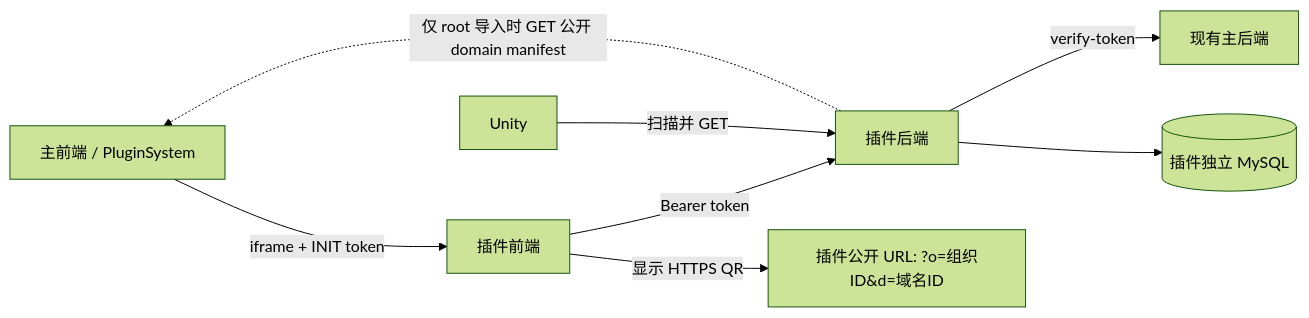
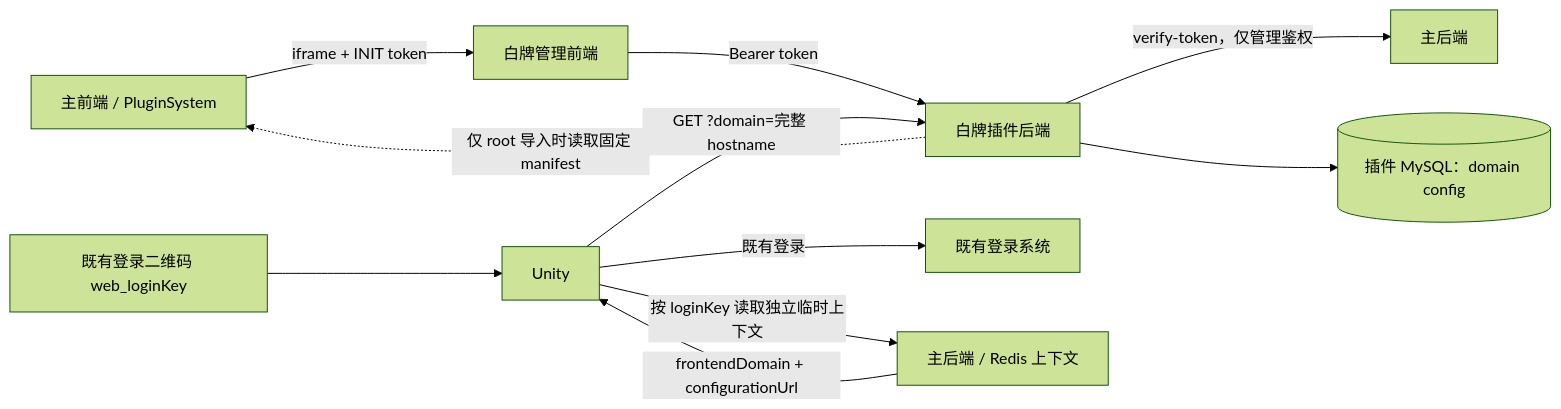
One commit to 7dgame-com/plugin-whitelabel changed the diagram in docs/architecture.md. Above: the diagram before and after it, drawn with Mermaid (forest theme). The commit also changed other lines of this file and 63 other files, not shown here.

````diff
--- a/docs/architecture.md
+++ b/docs/architecture.md
@@ -20,10 +19,14 @@
 ```mermaid
 flowchart LR
-    Host["主前端 / PluginSystem"] -->|"iframe + INIT token"| UI["插件前端"]
-    UI -->|"Bearer token"| API["插件后端"]
-    API -.->|"仅 root 导入时 GET 公开 domain manifest"| Host
-    API -->|"verify-token"| Main["现有主后端"]
-    API --> DB[("插件独立 MySQL")]
-    UI -->|"显示 HTTPS QR"| QR["插件公开 URL: ?o=组织ID&d=域名ID"]
-    Unity["Unity"] -->|"扫描并 GET"| API
+    Host["主前端 / PluginSystem"] -->|"iframe + INIT token"| UI["白牌管理前端"]
+    UI -->|"Bearer token"| API["白牌插件后端"]
+    API -->|"verify-token，仅管理鉴权"| Main["主后端"]
+    API -.->|"仅 root 导入时读取固定 manifest"| Host
+    API --> DB[("插件 MySQL：domain config")]
+
+    QR["既有登录二维码 web_loginKey"] --> Unity["Unity"]
+    Unity -->|"既有登录"| Login["既有登录系统"]
+    Unity -->|"按 loginKey 读取独立临时上下文"| Context["主后端 / Redis 上下文"]
+    Context -->|"frontendDomain + configurationUrl"| Unity
+    Unity -->|"GET ?domain=完整 hostname"| API
 ```
````
